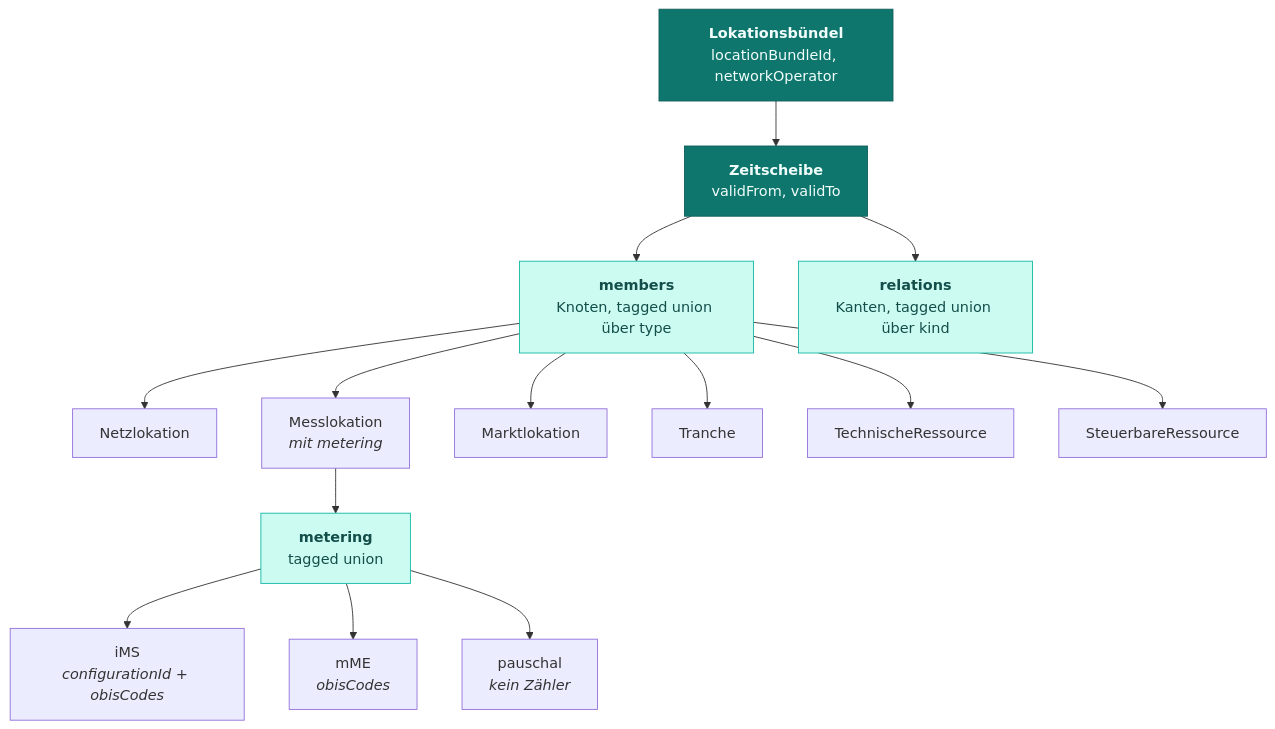
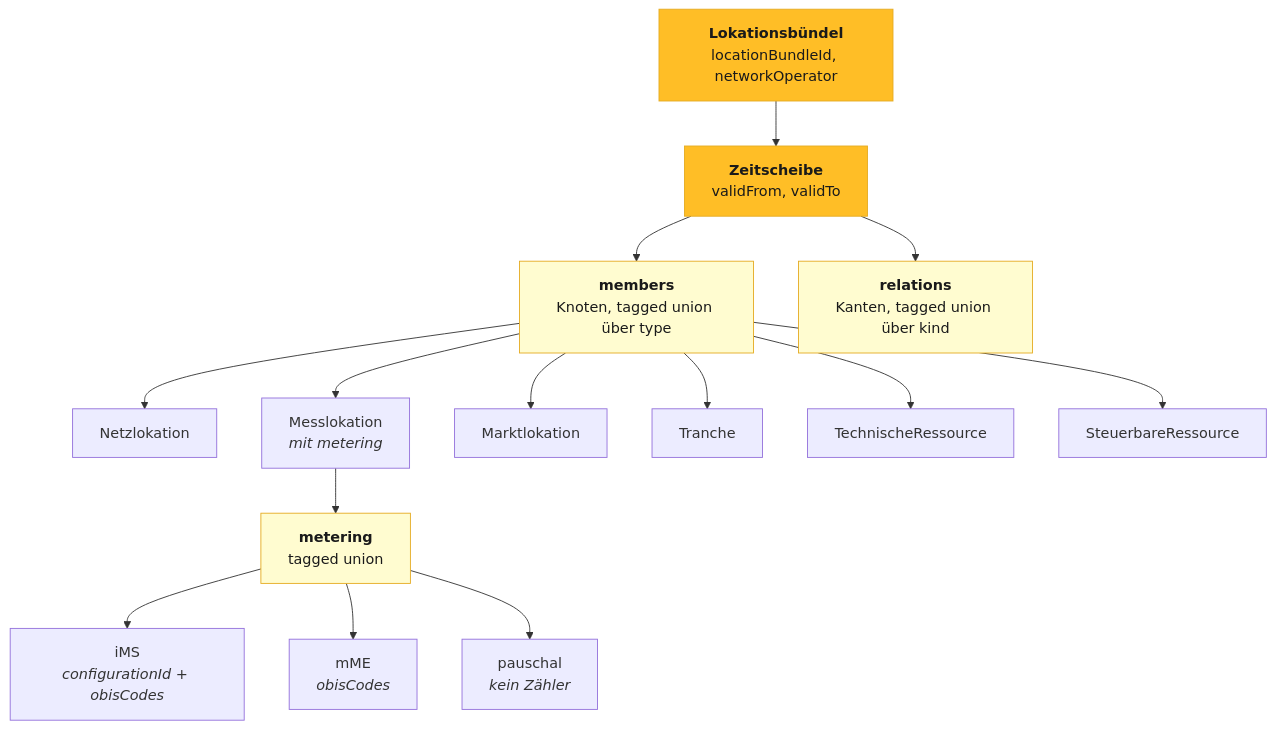
Before and after one commit to engrate/mako-api-referenzentwurf: the first of 3 diagrams in architektur/datenmodell.mdx, drawn with Mermaid. The commit also changed other lines of this file and 15 other files, not shown here.

````diff
--- a/architektur/datenmodell.mdx
+++ b/architektur/datenmodell.mdx
@@ -9,24 +9,24 @@
 ```mermaid
 flowchart TD
     LB["<b>Lokationsbündel</b><br/>locationBundleId, networkOperator"]
     LB --> TS["<b>Zeitscheibe</b><br/>validFrom, validTo"]
     TS --> M["<b>members</b><br/>Knoten, tagged union über type"]
     TS --> R["<b>relations</b><br/>Kanten, tagged union über kind"]
 
     M --> M1["Netzlokation"]
     M --> M2["Messlokation<br/><i>mit metering</i>"]
     M --> M3["Marktlokation"]
     M --> M4["Tranche"]
     M --> M5["TechnischeRessource"]
     M --> M6["SteuerbareRessource"]
 
     M2 --> ME["<b>metering</b><br/>tagged union"]
     ME --> ME1["iMS<br/><i>configurationId + obisCodes</i>"]
     ME --> ME2["mME<br/><i>obisCodes</i>"]
     ME --> ME3["pauschal<br/><i>kein Zähler</i>"]
 
-    classDef haupt fill:#0F766E,stroke:#115E59,color:#F0FDFA
-    classDef union fill:#CCFBF1,stroke:#14B8A6,color:#134E4A
+    classDef haupt fill:#FFBE26,stroke:#E5AB22,color:#1A1A1A
+    classDef union fill:#FFFCD0,stroke:#E5AB22,color:#1A1A1A
     class LB,TS haupt
     class M,R,ME union
 ```
````
